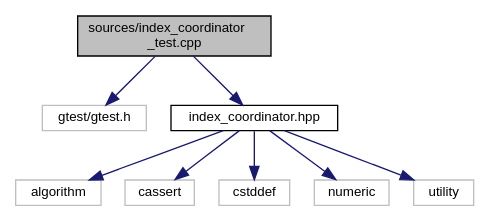
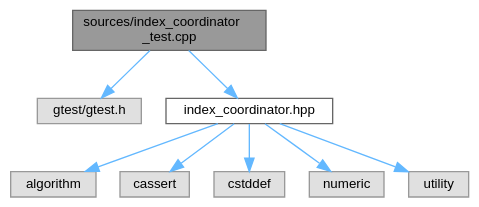
Before and after one commit to eliogovea/dev-env-cpp: the diagram in dev/documentation/index__coordinator__test_8cpp__incl.dot, drawn with Graphviz. The commit also changed 247 other files, not shown here.

```diff
--- a/dev/documentation/index__coordinator__test_8cpp__incl.dot
+++ b/dev/documentation/index__coordinator__test_8cpp__incl.dot
@@ -1,21 +1,22 @@
 digraph "sources/index_coordinator_test.cpp"
 {
  // LATEX_PDF_SIZE
-  edge [fontname="Helvetica",fontsize="10",labelfontname="Helvetica",labelfontsize="10"];
-  node [fontname="Helvetica",fontsize="10",shape=record];
-  Node1 [label="sources/index_coordinator\l_test.cpp",height=0.2,width=0.4,color="black", fillcolor="grey75", style="filled", fontcolor="black",tooltip=" "];
-  Node1 -> Node2 [color="midnightblue",fontsize="10",style="solid",fontname="Helvetica"];
-  Node2 [label="gtest/gtest.h",height=0.2,width=0.4,color="grey75", fillcolor="white", style="filled",tooltip=" "];
-  Node1 -> Node3 [color="midnightblue",fontsize="10",style="solid",fontname="Helvetica"];
-  Node3 [label="index_coordinator.hpp",height=0.2,width=0.4,color="black", fillcolor="white", style="filled",URL="$index__coordinator_8hpp.html",tooltip=" "];
-  Node3 -> Node4 [color="midnightblue",fontsize="10",style="solid",fontname="Helvetica"];
-  Node4 [label="algorithm",height=0.2,width=0.4,color="grey75", fillcolor="white", style="filled",tooltip=" "];
-  Node3 -> Node5 [color="midnightblue",fontsize="10",style="solid",fontname="Helvetica"];
-  Node5 [label="cassert",height=0.2,width=0.4,color="grey75", fillcolor="white", style="filled",tooltip=" "];
-  Node3 -> Node6 [color="midnightblue",fontsize="10",style="solid",fontname="Helvetica"];
-  Node6 [label="cstddef",height=0.2,width=0.4,color="grey75", fillcolor="white", style="filled",tooltip=" "];
-  Node3 -> Node7 [color="midnightblue",fontsize="10",style="solid",fontname="Helvetica"];
-  Node7 [label="numeric",height=0.2,width=0.4,color="grey75", fillcolor="white", style="filled",tooltip=" "];
-  Node3 -> Node8 [color="midnightblue",fontsize="10",style="solid",fontname="Helvetica"];
-  Node8 [label="utility",height=0.2,width=0.4,color="grey75", fillcolor="white", style="filled",tooltip=" "];
+  bgcolor="transparent";
+  edge [fontname=Helvetica,fontsize=10,labelfontname=Helvetica,labelfontsize=10];
+  node [fontname=Helvetica,fontsize=10,shape=box,height=0.2,width=0.4];
+  Node1 [id="Node000001",label="sources/index_coordinator\l_test.cpp",height=0.2,width=0.4,color="gray40", fillcolor="grey60", style="filled", fontcolor="black",tooltip=" "];
+  Node1 -> Node2 [id="edge1_Node000001_Node000002",color="steelblue1",style="solid",tooltip=" "];
+  Node2 [id="Node000002",label="gtest/gtest.h",height=0.2,width=0.4,color="grey60", fillcolor="#E0E0E0", style="filled",tooltip=" "];
+  Node1 -> Node3 [id="edge2_Node000001_Node000003",color="steelblue1",style="solid",tooltip=" "];
+  Node3 [id="Node000003",label="index_coordinator.hpp",height=0.2,width=0.4,color="grey40", fillcolor="white", style="filled",URL="$index__coordinator_8hpp.html",tooltip=" "];
+  Node3 -> Node4 [id="edge3_Node000003_Node000004",color="steelblue1",style="solid",tooltip=" "];
+  Node4 [id="Node000004",label="algorithm",height=0.2,width=0.4,color="grey60", fillcolor="#E0E0E0", style="filled",tooltip=" "];
+  Node3 -> Node5 [id="edge4_Node000003_Node000005",color="steelblue1",style="solid",tooltip=" "];
+  Node5 [id="Node000005",label="cassert",height=0.2,width=0.4,color="grey60", fillcolor="#E0E0E0", style="filled",tooltip=" "];
+  Node3 -> Node6 [id="edge5_Node000003_Node000006",color="steelblue1",style="solid",tooltip=" "];
+  Node6 [id="Node000006",label="cstddef",height=0.2,width=0.4,color="grey60", fillcolor="#E0E0E0", style="filled",tooltip=" "];
+  Node3 -> Node7 [id="edge6_Node000003_Node000007",color="steelblue1",style="solid",tooltip=" "];
+  Node7 [id="Node000007",label="numeric",height=0.2,width=0.4,color="grey60", fillcolor="#E0E0E0", style="filled",tooltip=" "];
+  Node3 -> Node8 [id="edge7_Node000003_Node000008",color="steelblue1",style="solid",tooltip=" "];
+  Node8 [id="Node000008",label="utility",height=0.2,width=0.4,color="grey60", fillcolor="#E0E0E0", style="filled",tooltip=" "];
 }
```
